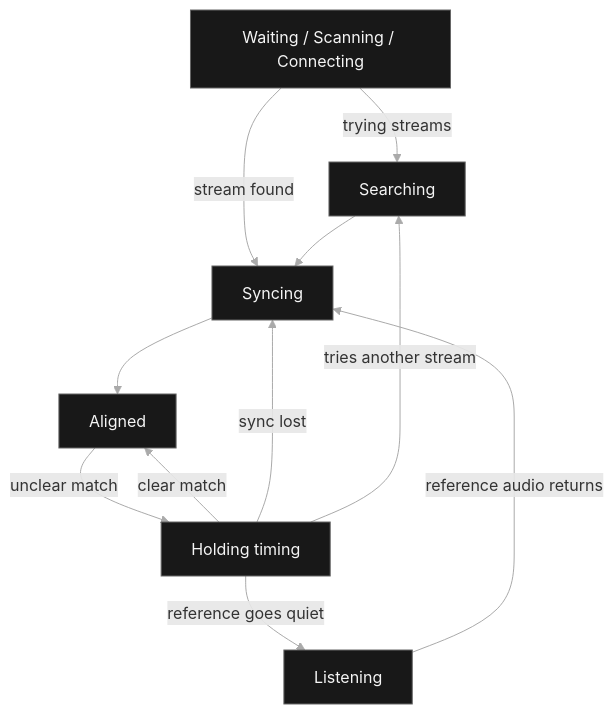
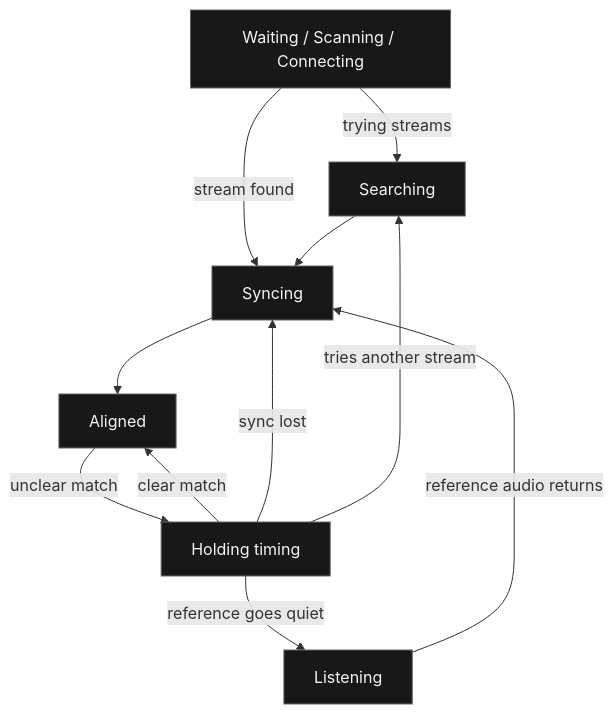
The diagram in page/How VaOBS stays in sync.md (Hackebein/hackebein.github.io), drawn with Mermaid before and after one commit. The commit also changed 1 other file, not shown here.

Commit message:
Improve contrast and spacing in Mermaid charts

````diff
--- a/page/How VaOBS stays in sync.md
+++ b/page/How VaOBS stays in sync.md
@@ -7,22 +7,21 @@
 ```mermaid
 flowchart TD
     waiting["Waiting / Scanning / Connecting"] -->|trying streams| searching["Searching"]
     waiting -->|stream found| syncing["Syncing"]
     listening["Listening"] -->|reference audio returns| syncing
     searching --> syncing
     syncing --> aligned["Aligned"]
     aligned -->|unclear match| holding["Holding timing"]
     holding -->|clear match| aligned
     holding -->|reference goes quiet| listening
     holding -->|sync lost| syncing
     holding -->|tries another stream| searching
     classDef status fill:#181818,stroke:#666,color:#f5f5f5
     class waiting,listening,searching,syncing,aligned,holding status
-    linkStyle default stroke:#aaa
     click waiting href "#waiting-for-a-stream" "Waiting, Scanning and Connecting"
     click listening href "#listening" "Listening"
     click searching href "#searching-and-syncing" "Searching and Syncing"
     click syncing href "#searching-and-syncing" "Searching and Syncing"
     click aligned href "#aligned" "Aligned"
     click holding href "#holding-timing" "Holding timing"
 ```
````
